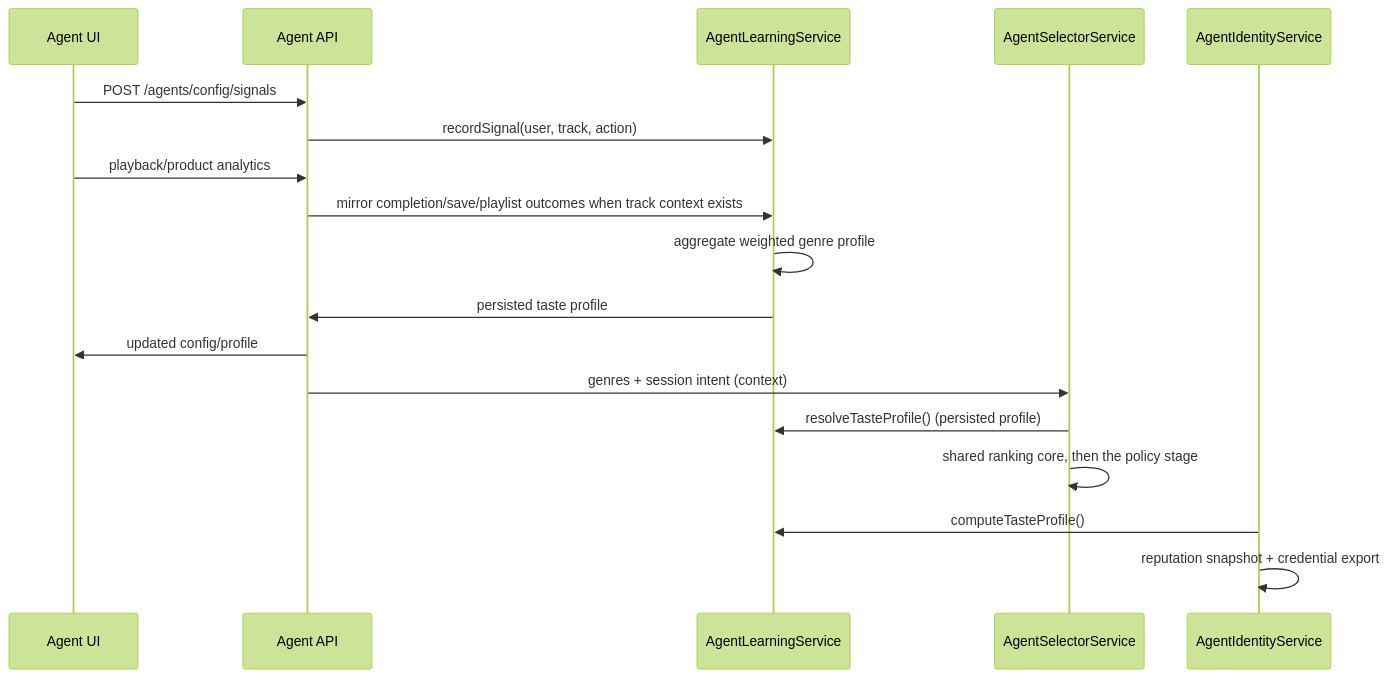
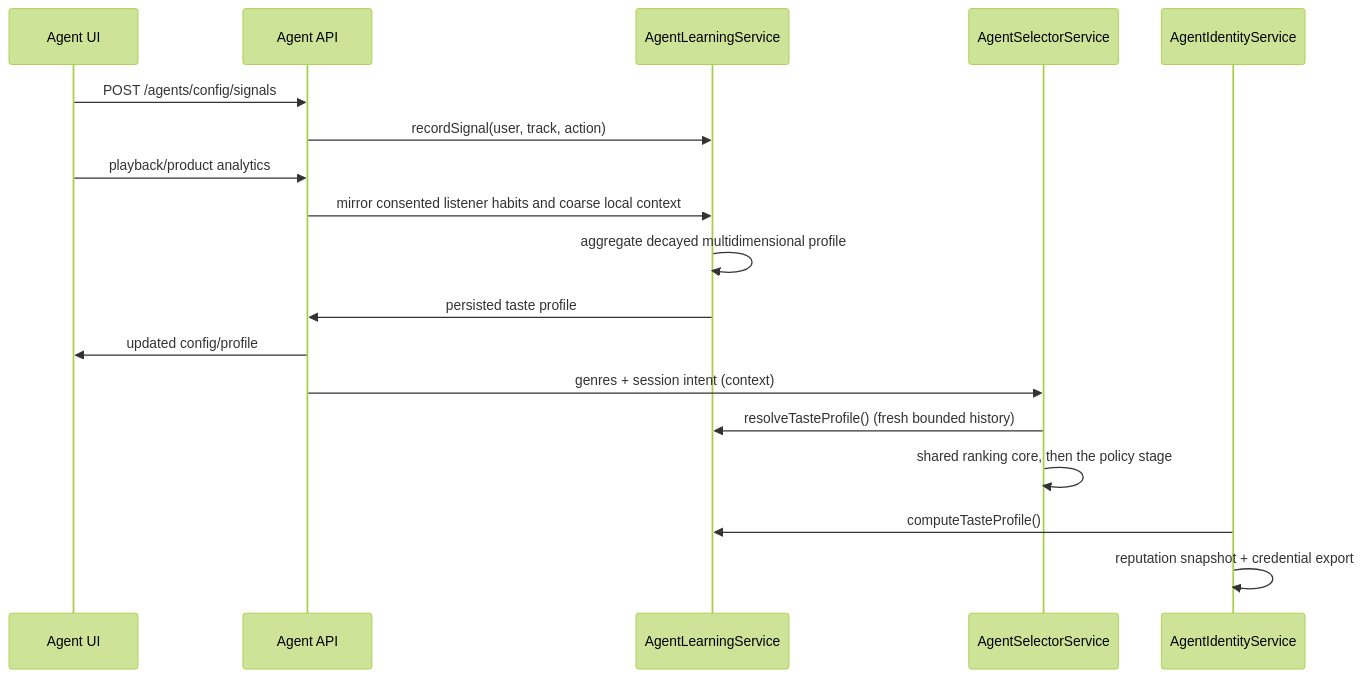
One commit to akoita/resonate changed the diagram in docs/architecture/agent_learning_loop.md. Above: the diagram before and after it, drawn with Mermaid (forest theme). The commit also changed other lines of this file and 20 other files, not shown here.

Commit message:
feat(#2063): learn decayed multidimensional listening habits (#2069)

````diff
--- a/docs/architecture/agent_learning_loop.md
+++ b/docs/architecture/agent_learning_loop.md
@@ -46,21 +46,21 @@
 ```mermaid
 sequenceDiagram
   participant UI as Agent UI
   participant API as Agent API
   participant Learn as AgentLearningService
   participant Selector as AgentSelectorService
   participant Identity as AgentIdentityService
 
   UI->>API: POST /agents/config/signals
   API->>Learn: recordSignal(user, track, action)
   UI->>API: playback/product analytics
-  API->>Learn: mirror completion/save/playlist outcomes when track context exists
-  Learn->>Learn: aggregate weighted genre profile
+  API->>Learn: mirror consented listener habits and coarse local context
+  Learn->>Learn: aggregate decayed multidimensional profile
   Learn->>API: persisted taste profile
   API->>UI: updated config/profile
   API->>Selector: genres + session intent (context)
-  Selector->>Learn: resolveTasteProfile() (persisted profile)
+  Selector->>Learn: resolveTasteProfile() (fresh bounded history)
   Selector->>Selector: shared ranking core, then the policy stage
   Identity->>Learn: computeTasteProfile()
   Identity->>Identity: reputation snapshot + credential export
 ```
````
